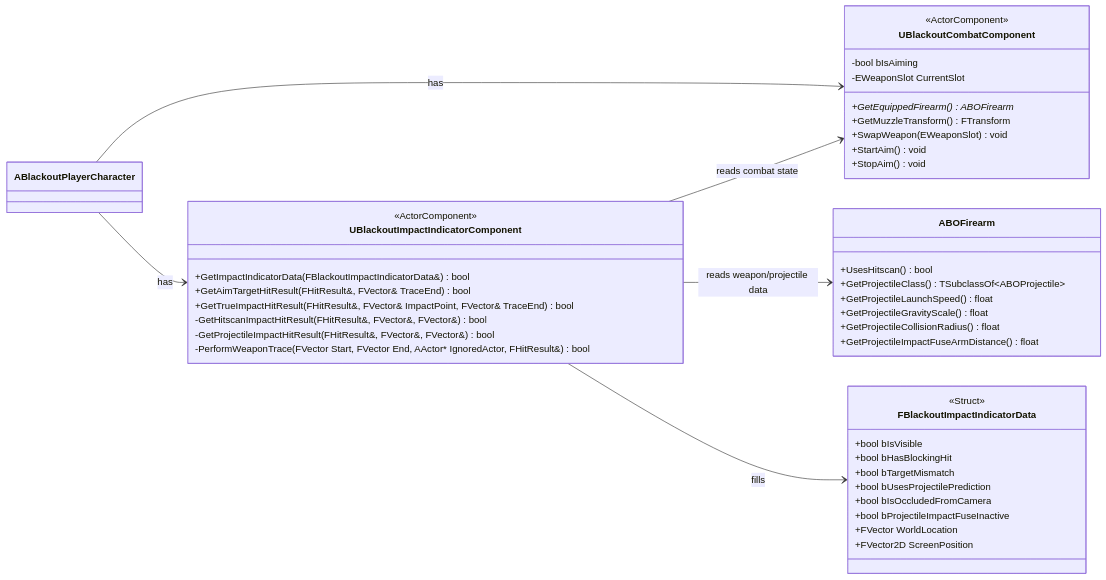
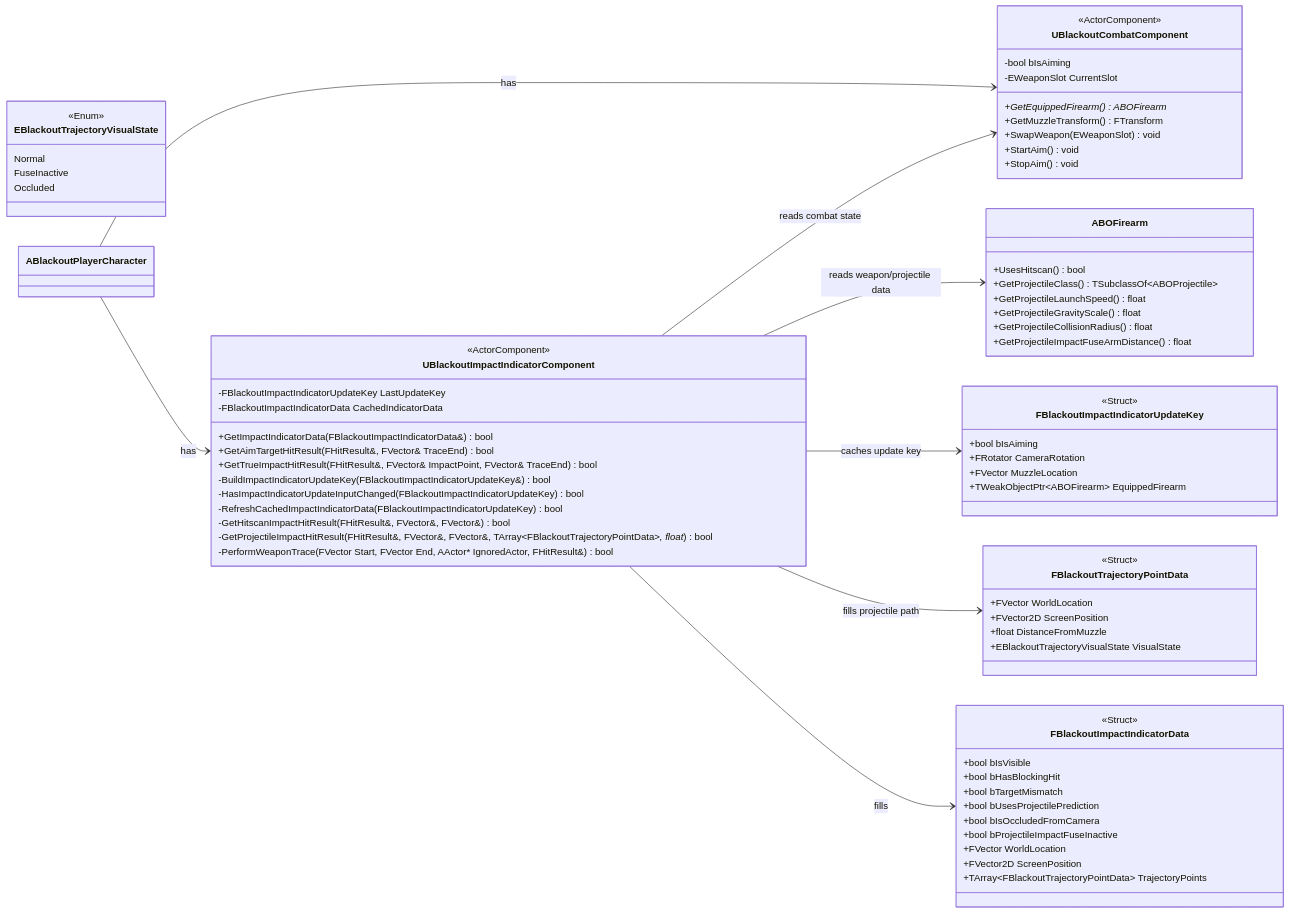
Before and after one commit to seongwon1579/ProjectBlackout: the tenth of 12 diagrams in Docs/Project_Blackout_클래스다이어그램.md, drawn with Mermaid. The commit also changed 4 other files, not shown here.

````diff
--- a/Docs/Project_Blackout_클래스다이어그램.md
+++ b/Docs/Project_Blackout_클래스다이어그램.md
@@ -418,12 +418,40 @@
 
     class UBlackoutImpactIndicatorComponent {
         <<ActorComponent>>
+        -FBlackoutImpactIndicatorUpdateKey LastUpdateKey
+        -FBlackoutImpactIndicatorData CachedIndicatorData
         +GetImpactIndicatorData(FBlackoutImpactIndicatorData&) bool
         +GetAimTargetHitResult(FHitResult&, FVector& TraceEnd) bool
         +GetTrueImpactHitResult(FHitResult&, FVector& ImpactPoint, FVector& TraceEnd) bool
+        -BuildImpactIndicatorUpdateKey(FBlackoutImpactIndicatorUpdateKey&) bool
+        -HasImpactIndicatorUpdateInputChanged(FBlackoutImpactIndicatorUpdateKey) bool
+        -RefreshCachedImpactIndicatorData(FBlackoutImpactIndicatorUpdateKey) bool
         -GetHitscanImpactHitResult(FHitResult&, FVector&, FVector&) bool
-        -GetProjectileImpactHitResult(FHitResult&, FVector&, FVector&) bool
+        -GetProjectileImpactHitResult(FHitResult&, FVector&, FVector&, TArray~FBlackoutTrajectoryPointData~*, float*) bool
         -PerformWeaponTrace(FVector Start, FVector End, AActor* IgnoredActor, FHitResult&) bool
+    }
+
+    class FBlackoutImpactIndicatorUpdateKey {
+        <<Struct>>
+        +bool bIsAiming
+        +FRotator CameraRotation
+        +FVector MuzzleLocation
+        +TWeakObjectPtr~ABOFirearm~ EquippedFirearm
+    }
+
+    class EBlackoutTrajectoryVisualState {
+        <<Enum>>
+        Normal
+        FuseInactive
+        Occluded
+    }
+
+    class FBlackoutTrajectoryPointData {
+        <<Struct>>
+        +FVector WorldLocation
+        +FVector2D ScreenPosition
+        +float DistanceFromMuzzle
+        +EBlackoutTrajectoryVisualState VisualState
     }
 
     class FBlackoutImpactIndicatorData {
@@ -436,6 +464,7 @@
         +bool bProjectileImpactFuseInactive
         +FVector WorldLocation
         +FVector2D ScreenPosition
+        +TArray~FBlackoutTrajectoryPointData~ TrajectoryPoints
     }
 
     class ABOFirearm {
@@ -451,5 +480,7 @@
     ABlackoutPlayerCharacter --> UBlackoutImpactIndicatorComponent : has
     UBlackoutImpactIndicatorComponent --> UBlackoutCombatComponent : reads combat state
     UBlackoutImpactIndicatorComponent --> ABOFirearm : reads weapon/projectile data
+    UBlackoutImpactIndicatorComponent --> FBlackoutImpactIndicatorUpdateKey : caches update key
+    UBlackoutImpactIndicatorComponent --> FBlackoutTrajectoryPointData : fills projectile path
     UBlackoutImpactIndicatorComponent --> FBlackoutImpactIndicatorData : fills
 ```
````
